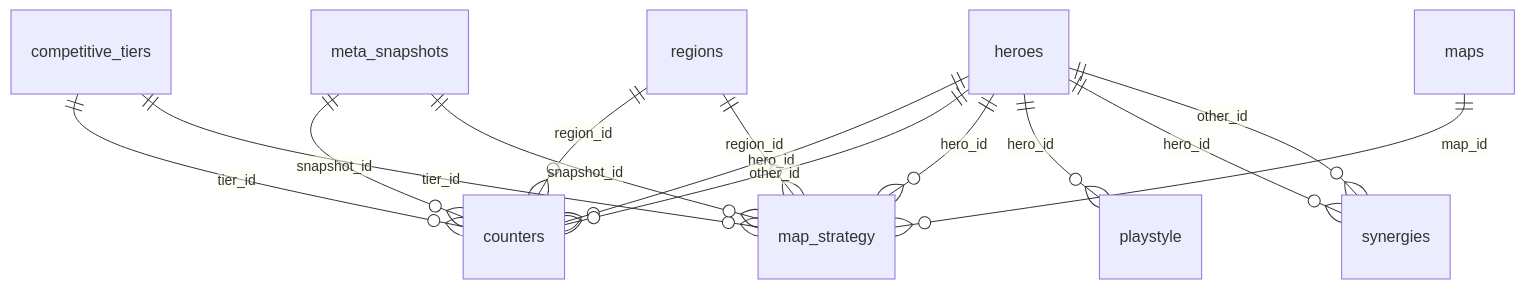
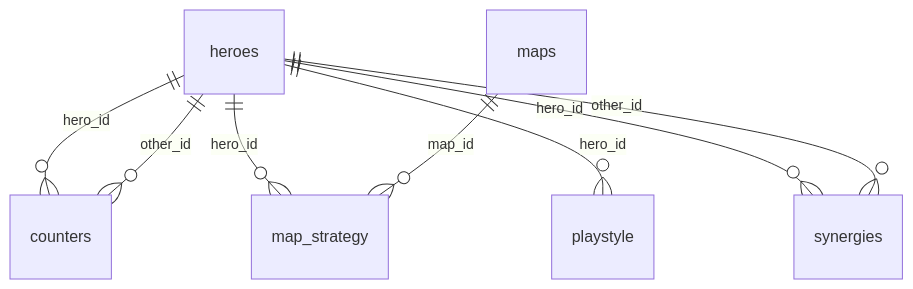
Before and after one commit to mmikol/overwatch-db: the fourth of 4 diagrams in docs/erd.md, drawn with Mermaid. The commit also changed 4 other files, not shown here.

````diff
--- a/docs/erd.md
+++ b/docs/erd.md
@@ -78,16 +78,10 @@
 ```mermaid
 erDiagram
-    competitive_tiers ||--o{ counters : "tier_id"
-    competitive_tiers ||--o{ map_strategy : "tier_id"
     heroes ||--o{ counters : "hero_id"
     heroes ||--o{ counters : "other_id"
     heroes ||--o{ map_strategy : "hero_id"
     heroes ||--o{ playstyle : "hero_id"
     heroes ||--o{ synergies : "hero_id"
     heroes ||--o{ synergies : "other_id"
     maps ||--o{ map_strategy : "map_id"
-    meta_snapshots ||--o{ counters : "snapshot_id"
-    meta_snapshots ||--o{ map_strategy : "snapshot_id"
-    regions ||--o{ counters : "region_id"
-    regions ||--o{ map_strategy : "region_id"
 ```
````
